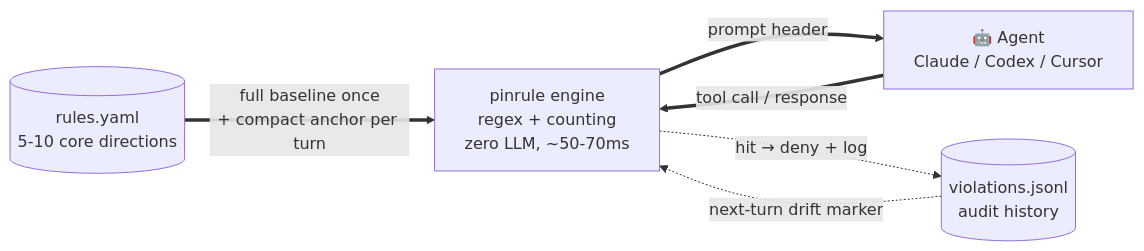
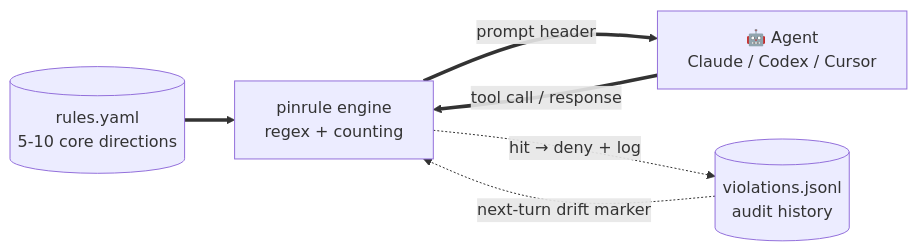
Before and after one commit to jhaizhou-ops/pinrule: the first of 2 diagrams in README.md, drawn with Mermaid. The commit also changed other lines of this file and 1 other file, not shown here.

````diff
--- a/README.md
+++ b/README.md
@@ -250,13 +248,13 @@
 ```mermaid
 flowchart LR
     R[(rules.yaml<br/>5-10 core directions)]
-    K[pinrule engine<br/>regex + counting<br/>zero LLM, ~50-70ms]
+    K[pinrule engine<br/>regex + counting]
     A[🤖 Agent<br/>Claude / Codex / Cursor]
     V[(violations.jsonl<br/>audit history)]
 
-    R ==>|full baseline once<br/>+ compact anchor per turn| K
+    R ==> K
     K ==>|prompt header| A
     A ==>|tool call / response| K
     K -.->|hit → deny + log| V
     V -.->|next-turn drift marker| K
 ```
````
